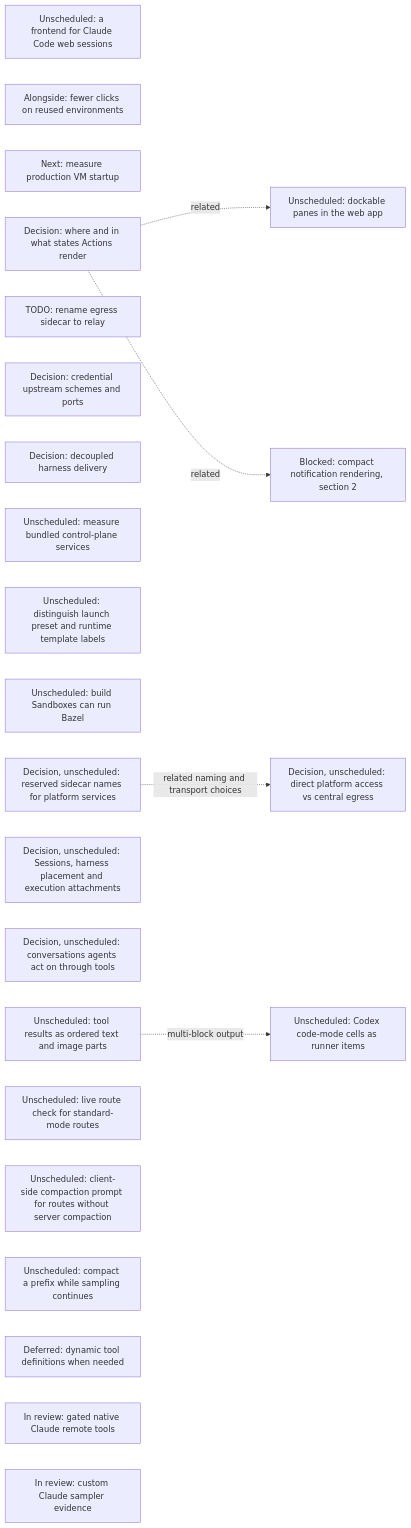
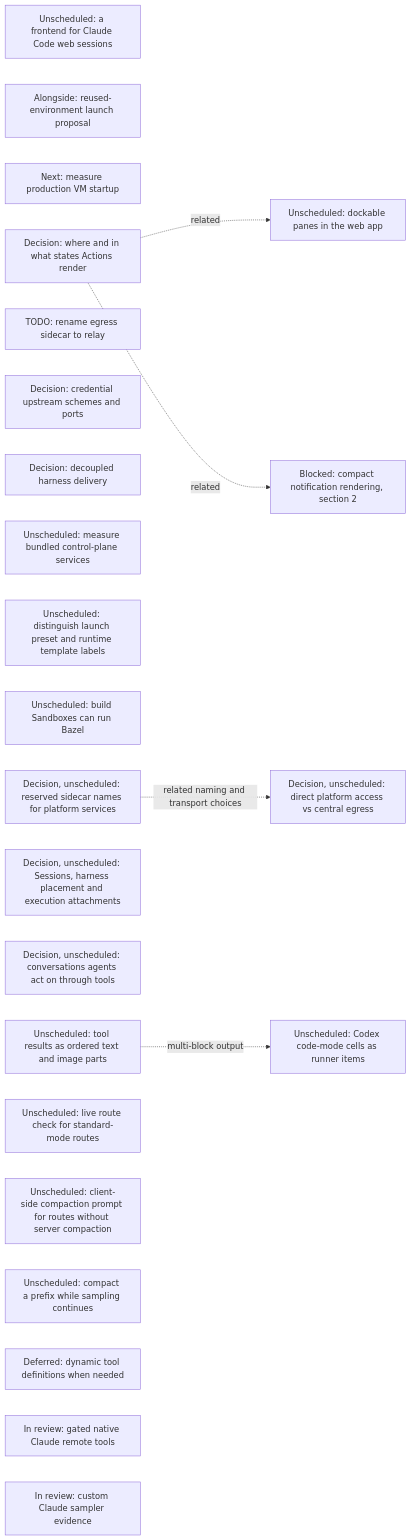
The sixth of 18 diagrams in agentplane/plans/task_dag.md (agentydragon/ducktape), drawn with Mermaid before and after one commit. The commit also changed other lines of this file and 1 other file, not shown here.

Commit message:
docs(agentplane): propose reused-sandbox thread launch

````diff
--- a/agentplane/plans/task_dag.md
+++ b/agentplane/plans/task_dag.md
@@ -889,30 +889,30 @@
 ```mermaid
 flowchart LR
     CLAUDE_CODE_WEB_BRIDGE[Unscheduled: a frontend for Claude Code web sessions]
-    SESSION_LAUNCH_FRICTION[Alongside: fewer clicks on reused environments]
+    SESSION_LAUNCH_FRICTION[Alongside: reused-environment launch proposal]
     VM_STARTUP_LATENCY[Next: measure production VM startup]
     ACTION_SURFACES_DESIGN[Decision: where and in what states Actions render]
     EGRESS_RELAY_RENAME[TODO: rename egress sidecar to relay]
     EGRESS_CREDENTIAL_TRANSPORT_DESIGN[Decision: credential upstream schemes and ports]
     RUNNER_HARNESS_DELIVERY_DESIGN[Decision: decoupled harness delivery]
     K3S_BUNDLED_SERVICES_SPIKE[Unscheduled: measure bundled control-plane services]
     DOCKABLE_PANES[Unscheduled: dockable panes in the web app]
     ACTION_SURFACES_DESIGN -. related .-> DOCKABLE_PANES
     NOTIFICATION_PRESENTATION[Blocked: compact notification rendering, section 2]
     ACTION_SURFACES_DESIGN -. related .-> NOTIFICATION_PRESENTATION
     SANDBOX_FORM_TERMINOLOGY[Unscheduled: distinguish launch preset and runtime template labels]
     BUILD_BOX_BAZEL[Unscheduled: build Sandboxes can run Bazel]
     PLATFORM_SERVICE_NAMES_DESIGN[Decision, unscheduled: reserved sidecar names for platform services]
     PLATFORM_SERVICE_ROUTING_DESIGN[Decision, unscheduled: direct platform access vs central egress]
     PLATFORM_SERVICE_NAMES_DESIGN -. related naming and transport choices .-> PLATFORM_SERVICE_ROUTING_DESIGN
     SESSION_RUNTIME_MODEL_DESIGN[Decision, unscheduled: Sessions, harness placement and execution attachments]
     AGENT_AUTHORED_CONVERSATIONS_DESIGN[Decision, unscheduled: conversations agents act on through tools]
     STRUCTURED_TOOL_OUTPUT[Unscheduled: tool results as ordered text and image parts]
     STRUCTURED_TOOL_OUTPUT -. multi-block output .-> CODEX_CODE_MODE_CELLS[Unscheduled: Codex code-mode cells as runner items]
     CENTRAL_SAMPLER_MODEL_CAPABILITIES[Unscheduled: live route check for standard-mode routes]
     CENTRAL_SAMPLER_PROMPT_COMPACTION[Unscheduled: client-side compaction prompt for routes without server compaction]
     CENTRAL_SAMPLER_BACKGROUND_COMPACTION[Unscheduled: compact a prefix while sampling continues]
     CENTRAL_SAMPLER_DYNAMIC_TOOLS[Deferred: dynamic tool definitions when needed]
     CLAUDE_REMOTE_EXECUTION_SPIKE[In review: gated native Claude remote tools]
     CLAUDE_CUSTOM_SAMPLER[In review: custom Claude sampler evidence]
 ```
````
